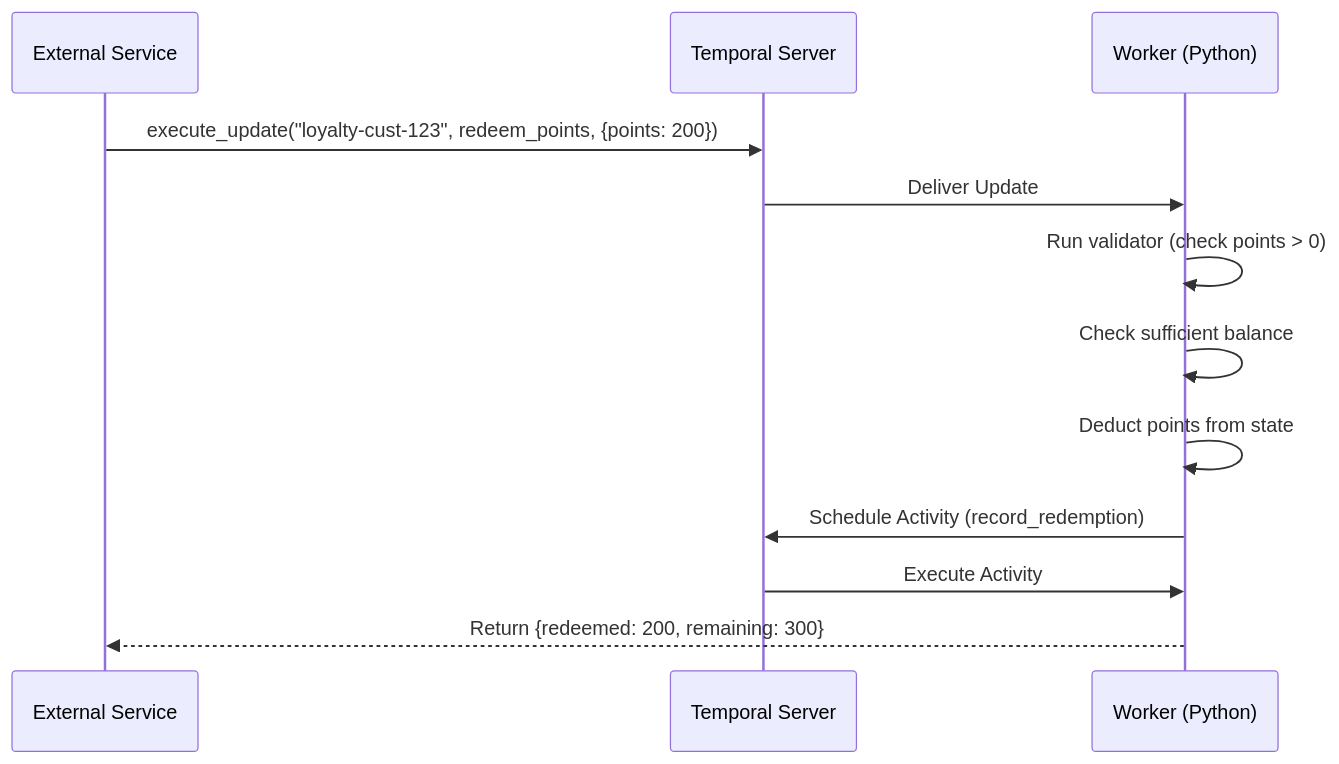
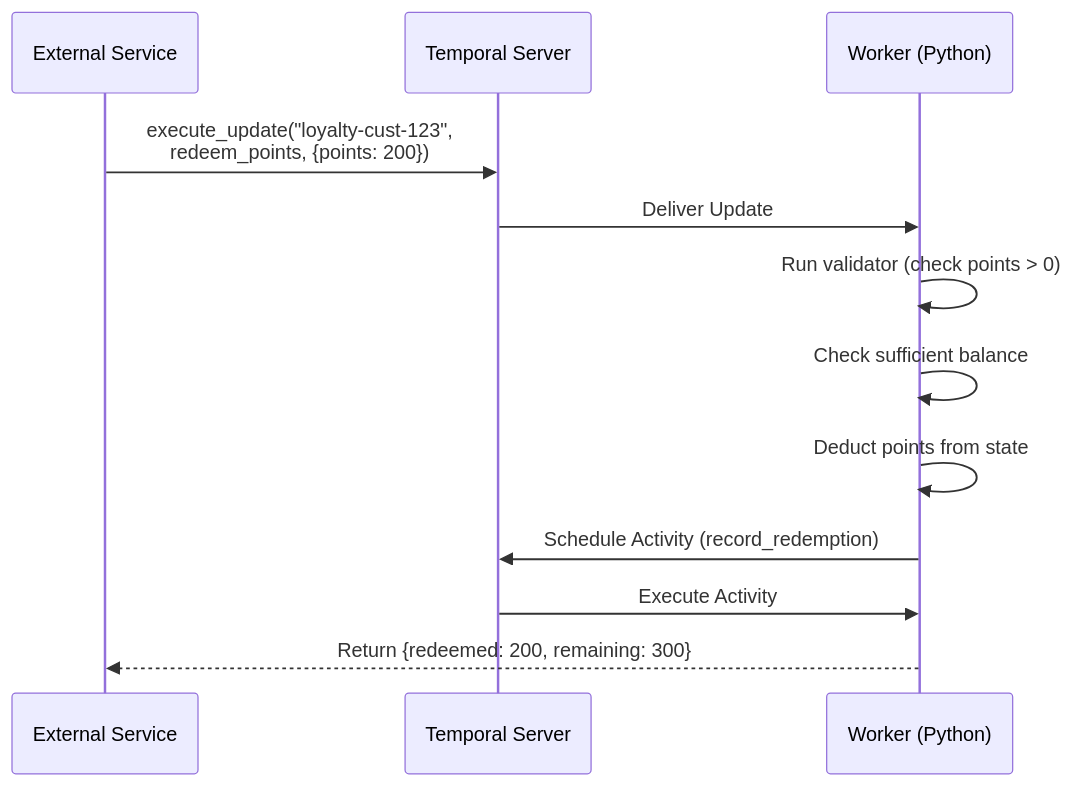
One commit to temporalio/documentation changed the second of 2 diagrams in docs/guides/entity-pattern-loyalty-points.mdx. Above: the diagram before and after it, drawn with Mermaid. The commit also changed other lines of this file and 15 other files, not shown here.

First line of the commit message:
Refactor Mermaid diagrams for improved clarity and consistency across documentation

````diff
--- a/docs/guides/entity-pattern-loyalty-points.mdx
+++ b/docs/guides/entity-pattern-loyalty-points.mdx
@@ -172,15 +167,15 @@
 ```mermaid
 sequenceDiagram
     participant Client as External Service
     participant TS as Temporal Server
     participant W as Worker (Python)
 
-    Client->>TS: execute_update("loyalty-cust-123", redeem_points, {points: 200})
+    Client->>TS: execute_update("loyalty-cust-123",<br/>redeem_points, {points: 200})
     TS->>W: Deliver Update
     W->>W: Run validator (check points > 0)
     W->>W: Check sufficient balance
     W->>W: Deduct points from state
     W->>TS: Schedule Activity (record_redemption)
     TS->>W: Execute Activity
     W-->>Client: Return {redeemed: 200, remaining: 300}
 ```
````
